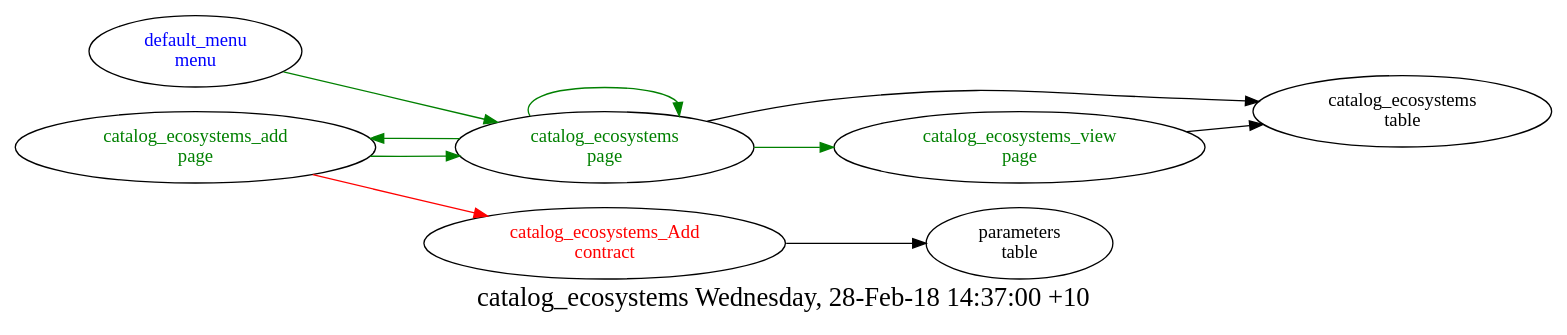
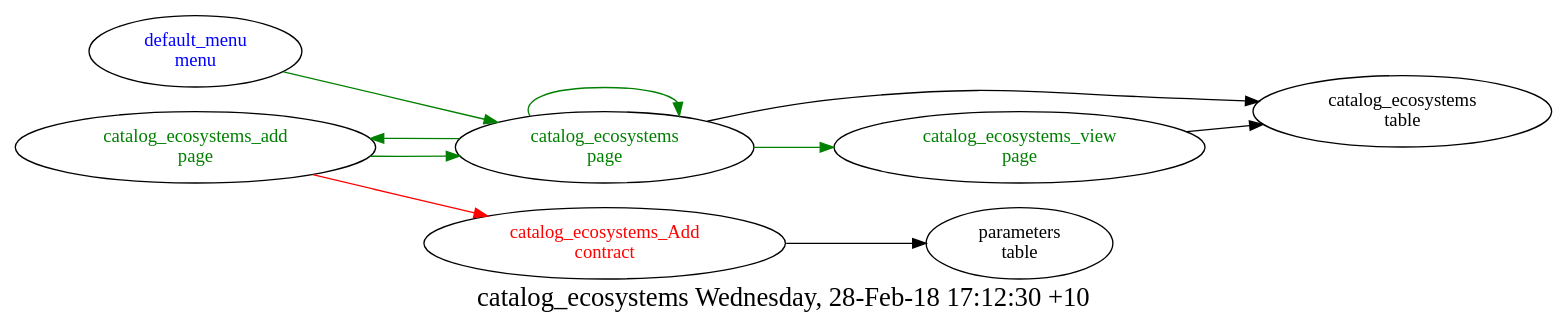
The diagram in src/catalog_ecosystems/struct.dot (AplaProject/apps), drawn with Graphviz before and after one commit. The commit also changed 2 other files, not shown here.

```diff
--- a/src/catalog_ecosystems/struct.dot
+++ b/src/catalog_ecosystems/struct.dot
@@ -1,19 +1,19 @@
 digraph G {
 fontsize="20.0";
-label="catalog_ecosystems Wednesday, 28-Feb-18 14:37:00 +10";
+label="catalog_ecosystems Wednesday, 28-Feb-18 17:12:30 +10";
 rankdir=LR;
 "catalog_ecosystems_Add\ncontract" -> "parameters\ntable"
 "catalog_ecosystems_Add\ncontract" [fontcolor=red, group=contracts];
 "default_menu\nmenu" -> "catalog_ecosystems\npage"  [ color=green ]
 "default_menu\nmenu" [fontcolor=blue, group=menus];
 "catalog_ecosystems\npage" -> "catalog_ecosystems\ntable"
 "catalog_ecosystems\npage" -> "catalog_ecosystems\npage"  [ color=green ]
 "catalog_ecosystems\npage" -> "catalog_ecosystems_view\npage"  [ color=green ]
 "catalog_ecosystems\npage" -> "catalog_ecosystems_add\npage"  [ color=green ]
 "catalog_ecosystems\npage" [fontcolor=green, group=pages];
 "catalog_ecosystems_add\npage" -> "catalog_ecosystems_Add\ncontract"  [ color=red ]
 "catalog_ecosystems_add\npage" -> "catalog_ecosystems\npage"  [ color=green ]
 "catalog_ecosystems_add\npage" [fontcolor=green, group=pages];
 "catalog_ecosystems_view\npage" -> "catalog_ecosystems\ntable"
 "catalog_ecosystems_view\npage" [fontcolor=green, group=pages];
 }
```
